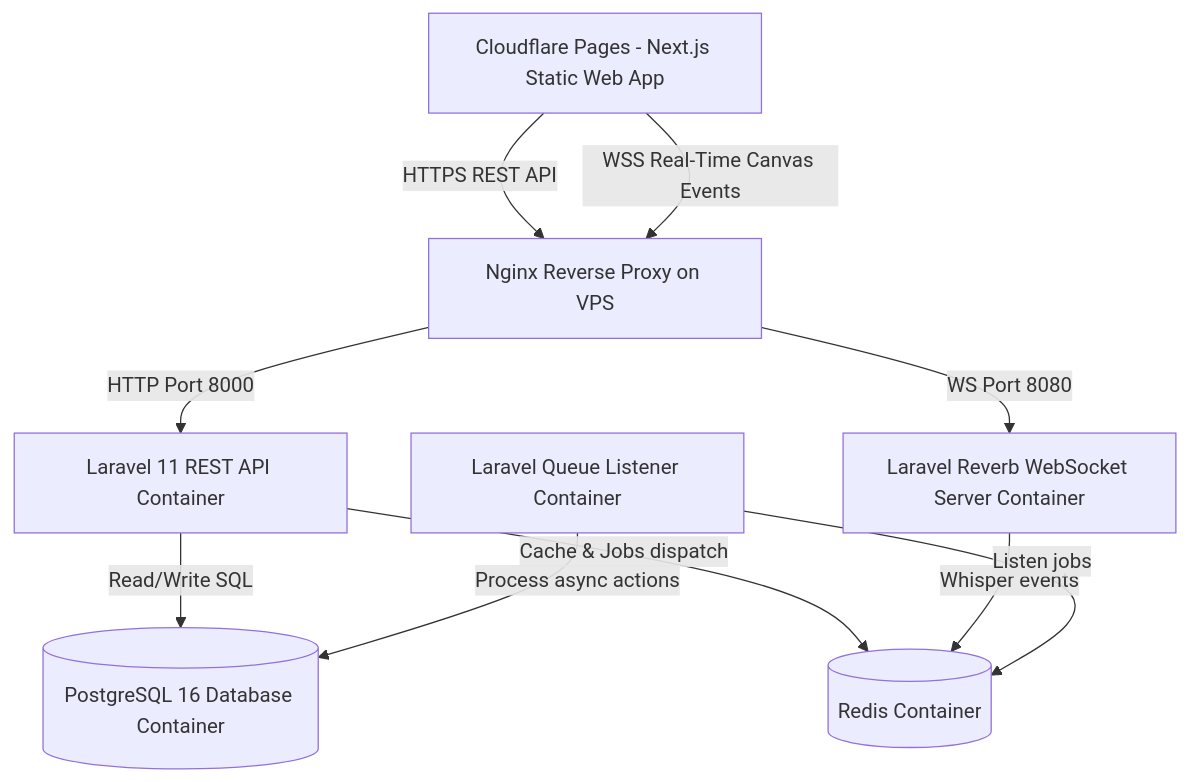
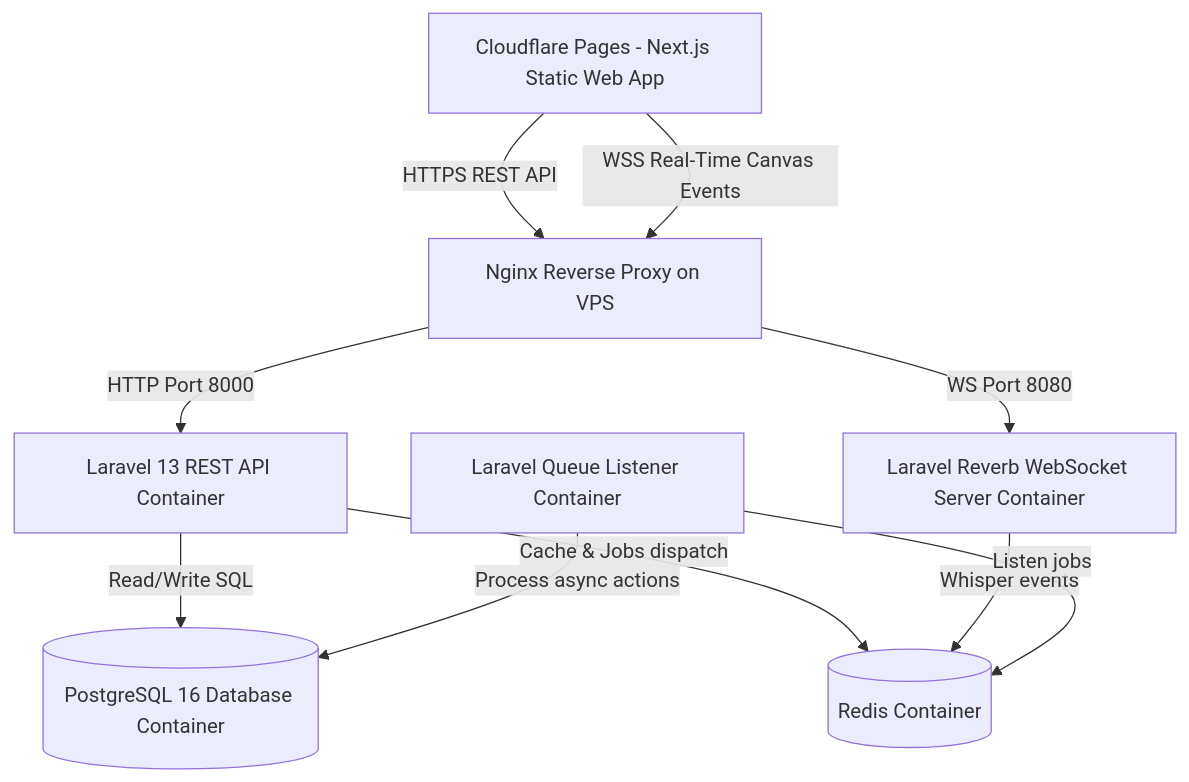
The diagram in README.md (MalvinMs/family-trees), drawn with Mermaid before and after one commit. The commit also changed other lines of this file and 6 other files, not shown here.

````diff
--- a/README.md
+++ b/README.md
@@ -5,17 +5,17 @@
 ```mermaid
 graph TD
     %% Frontend Layer
     CF[Cloudflare Pages - Next.js Static Web App] -->|HTTPS REST API| NG[Nginx Reverse Proxy on VPS]
     CF -->|WSS Real-Time Canvas Events| NG
 
     %% Reverse Proxy SSL Termination
-    NG -->|HTTP Port 8000| LV[Laravel 11 REST API Container]
+    NG -->|HTTP Port 8000| LV[Laravel 13 REST API Container]
     NG -->|WS Port 8080| RV[Laravel Reverb WebSocket Server Container]
 
     %% Internal Stack Layer
     LV -->|Read/Write SQL| PG[(PostgreSQL 16 Database Container)]
     LV -->|Cache & Jobs dispatch| RD[(Redis Container)]
     RV -->|Whisper events| RD
     QW[Laravel Queue Listener Container] -->|Listen jobs| RD
     QW -->|Process async actions| PG
 ```
````
